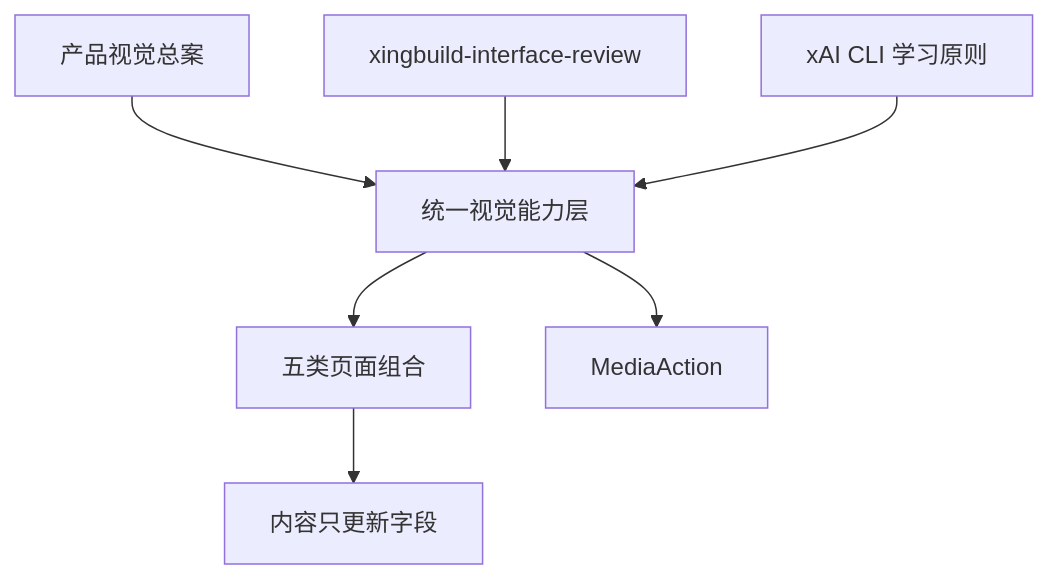
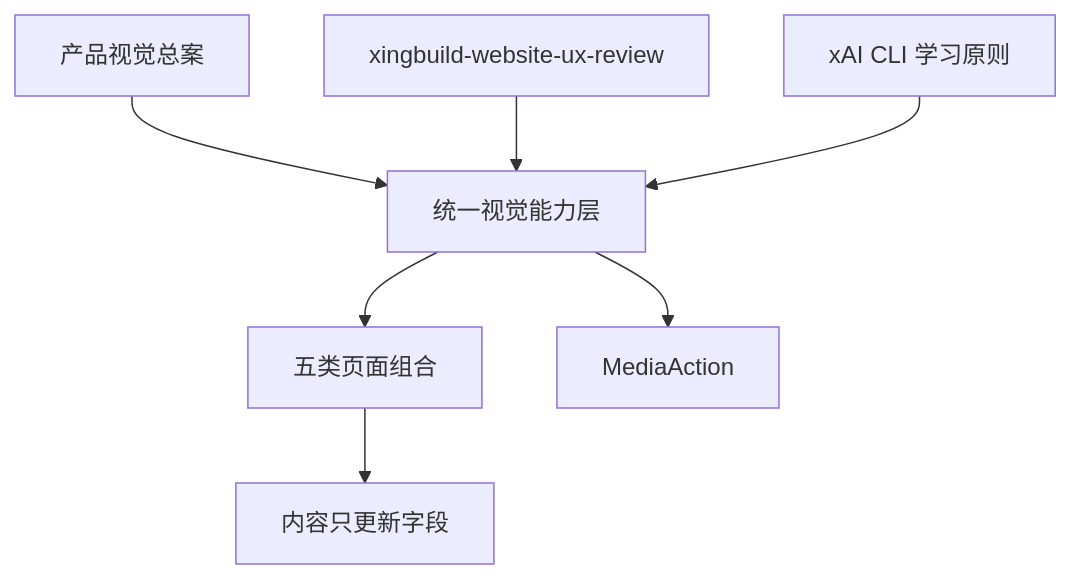
One commit to Chizheng4/xingbuild changed the first of 2 diagrams in docs/design/v0.25.4 全站视觉结构与媒体交互方案.md. Above: the diagram before and after it, drawn with Mermaid. The commit also changed other lines of this file and 36 other files, not shown here.

````diff
--- a/docs/design/v0.25.4 全站视觉结构与媒体交互方案.md
+++ b/docs/design/v0.25.4 全站视觉结构与媒体交互方案.md
@@ -7,9 +7,9 @@
 ```mermaid
 flowchart TD
   A[产品视觉总案] --> D[统一视觉能力层]
-  B[xingbuild-interface-review] --> D
+  B[xingbuild-website-ux-review] --> D
   C[xAI CLI 学习原则] --> D
   D --> E[五类页面组合]
   D --> F[MediaAction]
   E --> G[内容只更新字段]
 ```
````
